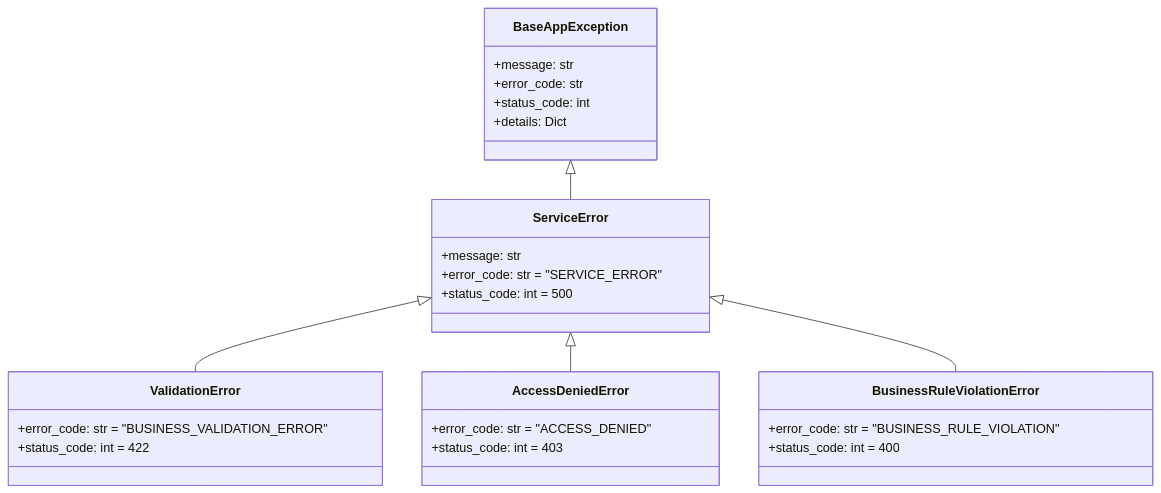
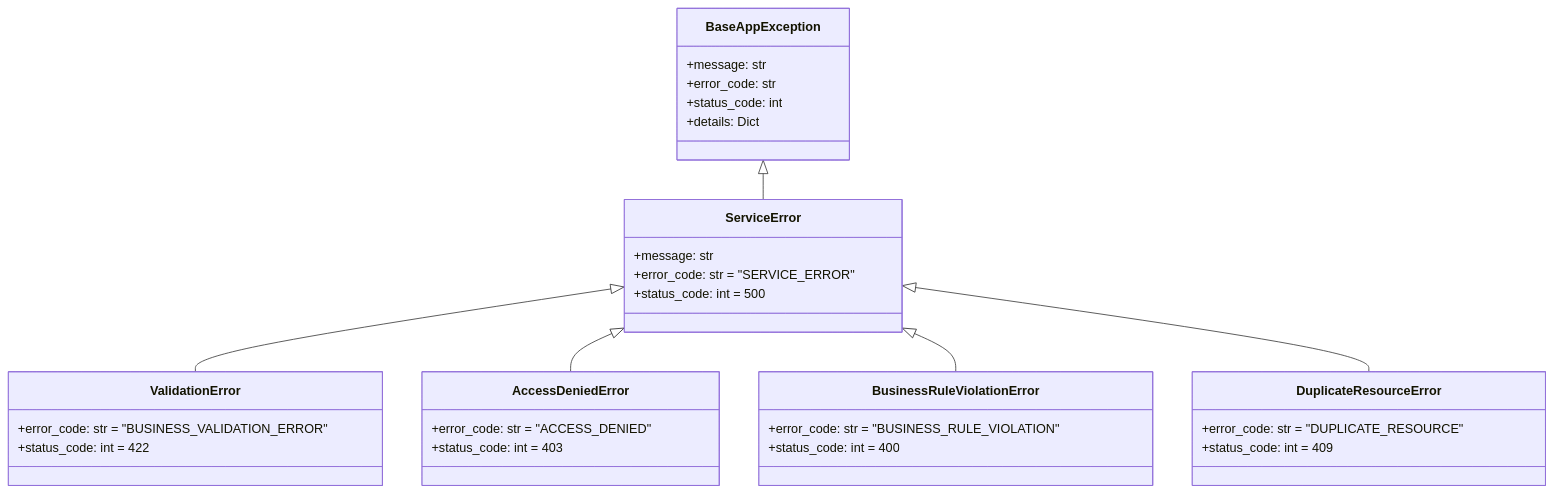
One commit to 47products/Neighbour-Approved changed the second of 2 diagrams in docs/service-layer-spec.md. Above: the diagram before and after it, drawn with Mermaid. The commit also changed other lines of this file and 2 other files, not shown here.

Commit message:
NEI-33: Updates to Service Layer documentation

````diff
--- a/docs/service-layer-spec.md
+++ b/docs/service-layer-spec.md
@@ -81,35 +476,41 @@
 ```mermaid
 classDiagram
     class BaseAppException {
         +message: str
         +error_code: str
         +status_code: int
         +details: Dict
     }
-    
+
     class ServiceError {
         +message: str
         +error_code: str = "SERVICE_ERROR"
         +status_code: int = 500
     }
-    
+
     class ValidationError {
         +error_code: str = "BUSINESS_VALIDATION_ERROR"
         +status_code: int = 422
     }
-    
+
     class AccessDeniedError {
         +error_code: str = "ACCESS_DENIED"
         +status_code: int = 403
     }
-    
+
     class BusinessRuleViolationError {
         +error_code: str = "BUSINESS_RULE_VIOLATION"
         +status_code: int = 400
     }
-    
+
+    class DuplicateResourceError {
+        +error_code: str = "DUPLICATE_RESOURCE"
+        +status_code: int = 409
+    }
+
     BaseAppException <|-- ServiceError
     ServiceError <|-- ValidationError
     ServiceError <|-- AccessDeniedError
     ServiceError <|-- BusinessRuleViolationError
+    ServiceError <|-- DuplicateResourceError
 ```
````
